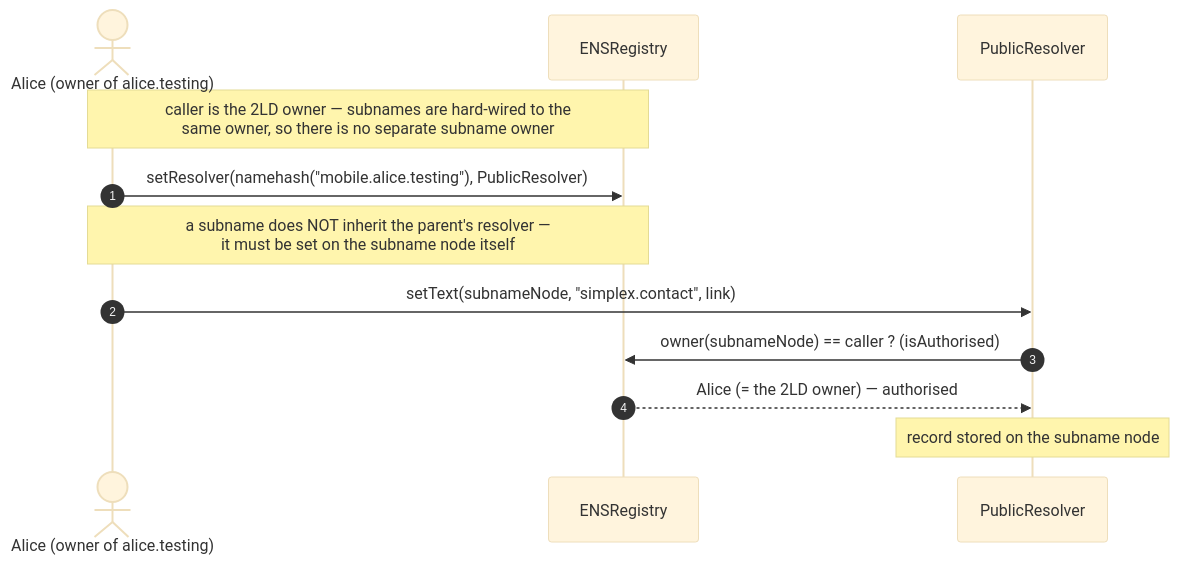
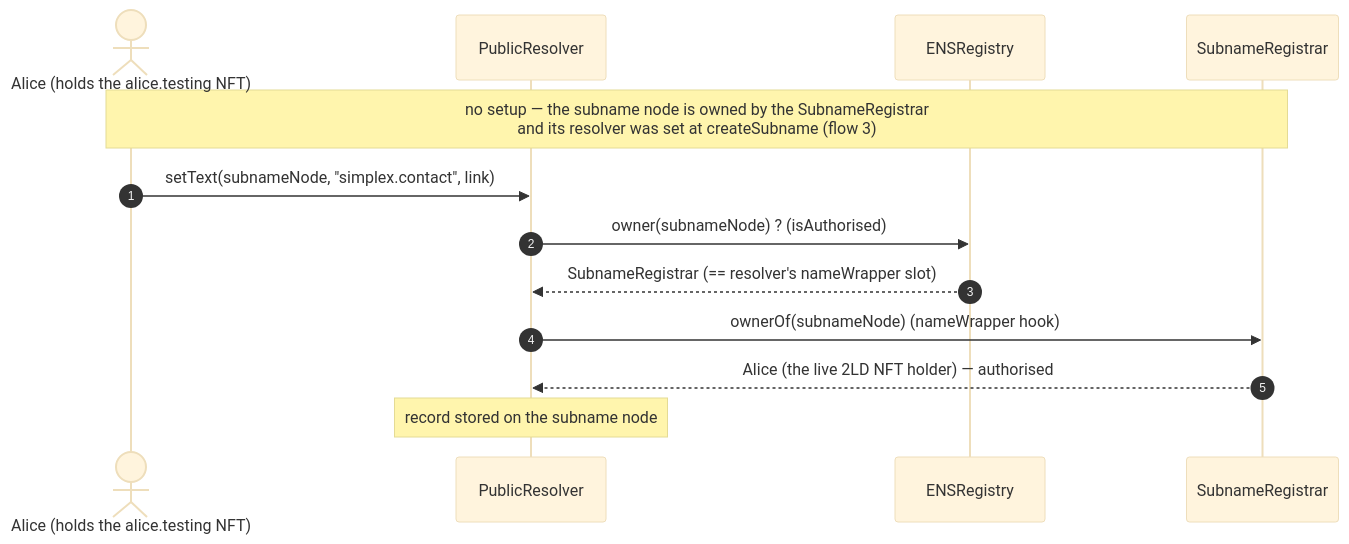
Before and after one commit to brenzi/simplex-namespace-contract: the third of 10 diagrams in docs/sequence-happy-flow.md, drawn with Mermaid (base theme). The commit also changed other lines of this file and 8 other files, not shown here.

````diff
--- a/docs/sequence-happy-flow.md
+++ b/docs/sequence-happy-flow.md
@@ -72,15 +78,16 @@
 ```mermaid
 sequenceDiagram
     autonumber
-    actor U as Alice (owner of alice.testing)
+    actor U as Alice (holds the alice.testing NFT)
+    participant P as PublicResolver
     participant R as ENSRegistry
-    participant P as PublicResolver
+    participant SR as SubnameRegistrar
 
-    note over U,R: caller is the 2LD owner — subnames are hard-wired to the<br/>same owner, so there is no separate subname owner
-    U->>R: setResolver(namehash("mobile.alice.testing"), PublicResolver)
-    note over U,R: a subname does NOT inherit the parent's resolver —<br/>it must be set on the subname node itself
+    note over U,SR: no setup — the subname node is owned by the SubnameRegistrar<br/>and its resolver was set at createSubname (flow 3)
     U->>P: setText(subnameNode, "simplex.contact", link)
-    P->>R: owner(subnameNode) == caller ?  (isAuthorised)
-    R-->>P: Alice (= the 2LD owner) — authorised
+    P->>R: owner(subnameNode) ?  (isAuthorised)
+    R-->>P: SubnameRegistrar  (== resolver's nameWrapper slot)
+    P->>SR: ownerOf(subnameNode)  (nameWrapper hook)
+    SR-->>P: Alice (the live 2LD NFT holder) — authorised
     note over P: record stored on the subname node
 ```
````
